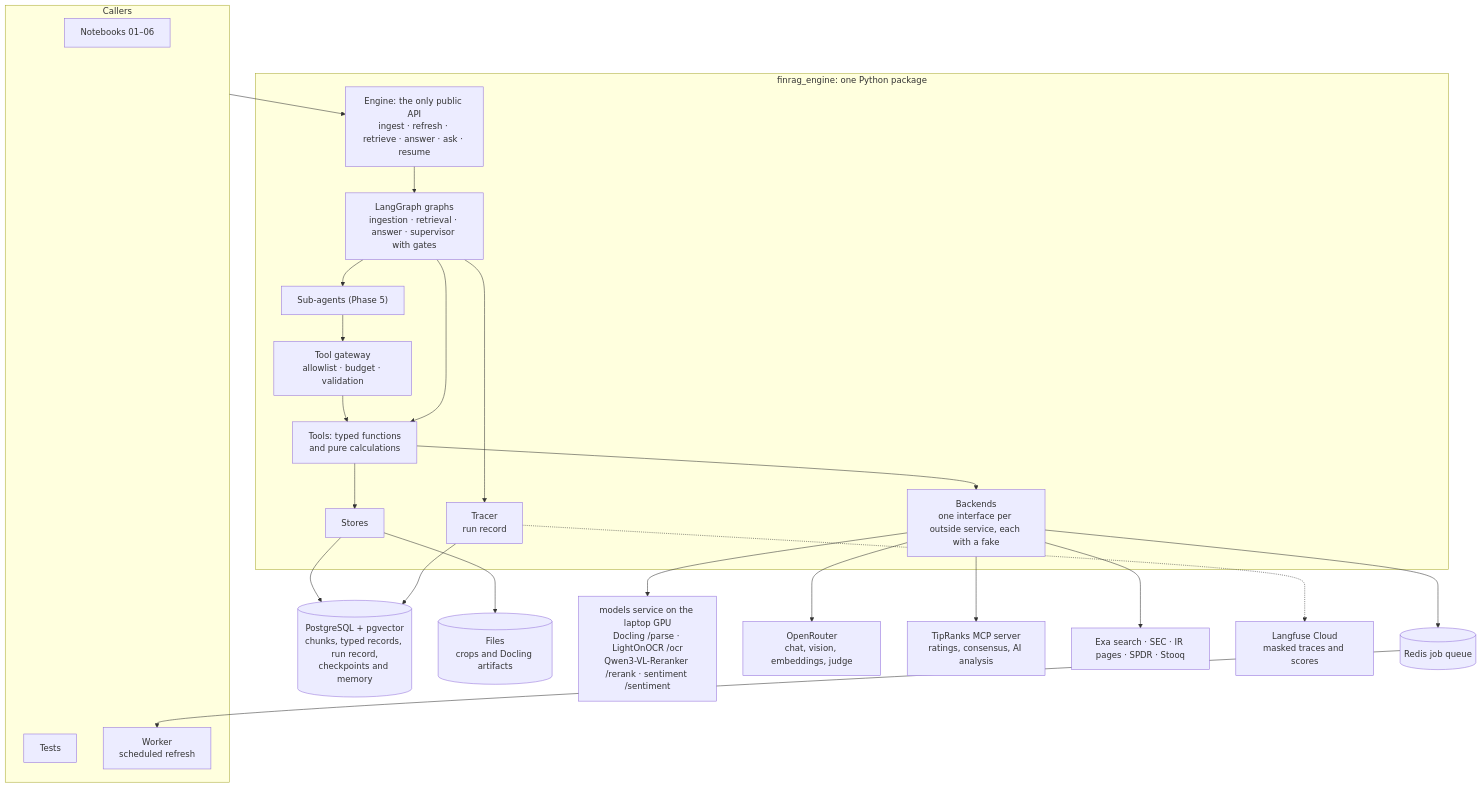
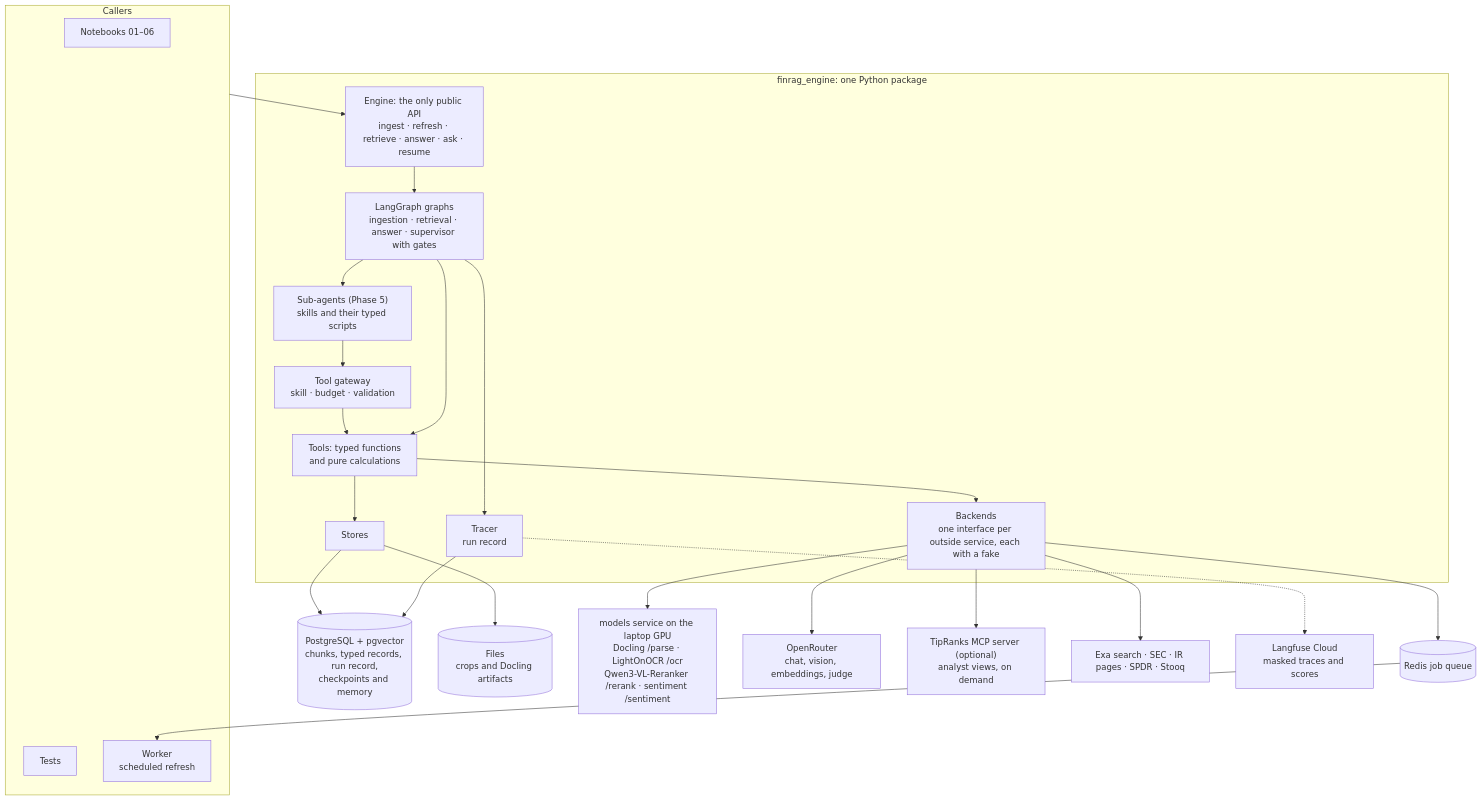
One commit to chazyman/financial-agent-capstone changed the first of 5 diagrams in PROPOSAL.md. Above: the diagram before and after it, drawn with Mermaid. The commit also changed other lines of this file and 4 other files, not shown here.

Commit message:
Work on TipRank and Agentt skill script  tools

````diff
--- a/PROPOSAL.md
+++ b/PROPOSAL.md
@@ -112,46 +112,46 @@
 ```mermaid
 flowchart TB
     subgraph CALLERS["Callers"]
         NB["Notebooks 01–06"]
         TS["Tests"]
         WK["Worker<br/>scheduled refresh"]
     end
 
     subgraph ENGINE["finrag_engine: one Python package"]
         API["Engine: the only public API<br/>ingest · refresh · retrieve · answer · ask · resume"]
         GR["LangGraph graphs<br/>ingestion · retrieval · answer · supervisor with gates"]
-        AG["Sub-agents (Phase 5)"]
-        GW["Tool gateway<br/>allowlist · budget · validation"]
+        AG["Sub-agents (Phase 5)<br/>skills and their typed scripts"]
+        GW["Tool gateway<br/>skill · budget · validation"]
         TL["Tools: typed functions<br/>and pure calculations"]
         ST["Stores"]
         BE["Backends<br/>one interface per outside service, each with a fake"]
         TR["Tracer<br/>run record"]
         API --> GR
         GR --> AG --> GW --> TL
         GR --> TL
         GR --> TR
         TL --> ST
         TL --> BE
     end
 
     CALLERS --> API
 
     PG[("PostgreSQL + pgvector<br/>chunks, typed records, run record,<br/>checkpoints and memory")]
     FS[("Files<br/>crops and Docling artifacts")]
     MS["models service on the laptop GPU<br/>Docling /parse · LightOnOCR /ocr<br/>Qwen3-VL-Reranker /rerank · sentiment /sentiment"]
     OR["OpenRouter<br/>chat, vision, embeddings, judge"]
-    TM["TipRanks MCP server<br/>ratings, consensus, AI analysis"]
+    TM["TipRanks MCP server (optional)<br/>analyst views, on demand"]
     WEB["Exa search · SEC · IR pages · SPDR · Stooq"]
     RQ[("Redis job queue")]
     LF["Langfuse Cloud<br/>masked traces and scores"]
 
     ST --> PG
     ST --> FS
     BE --> MS
     BE --> OR
     BE --> TM
     BE --> WEB
     BE --> RQ --> WK
     TR --> PG
     TR -.-> LF
 ```
````
